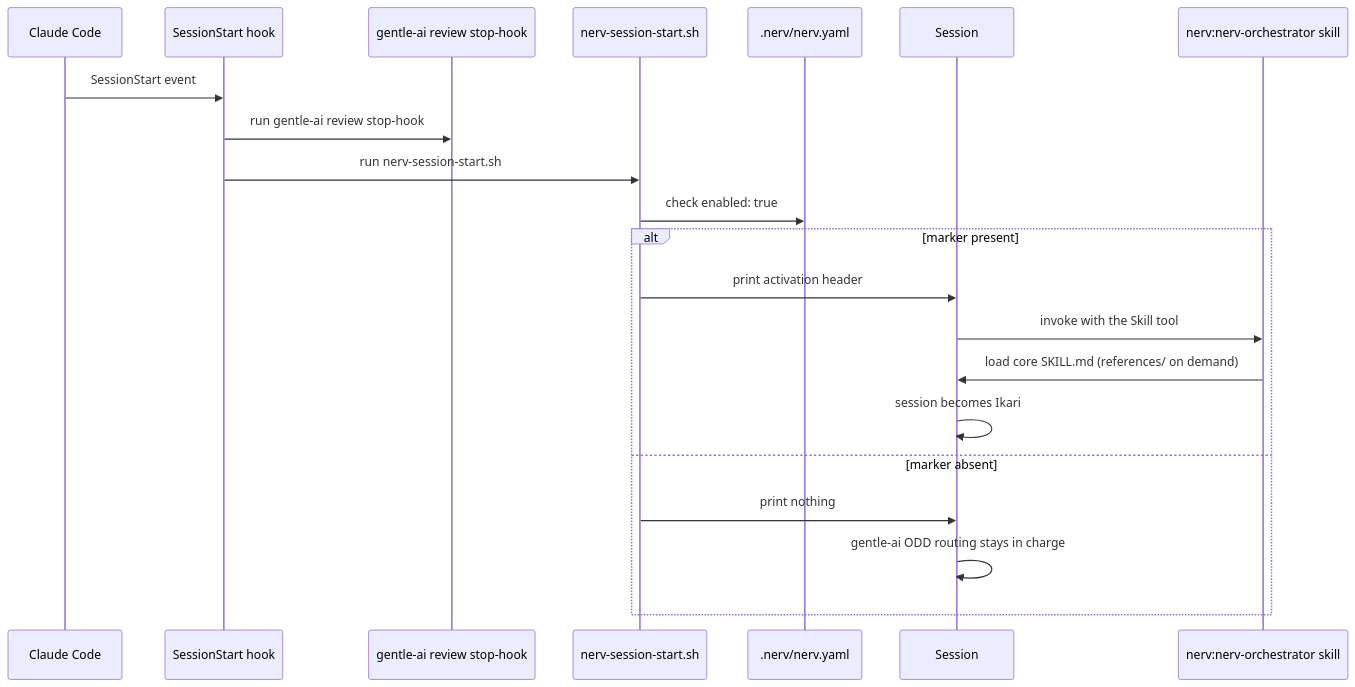
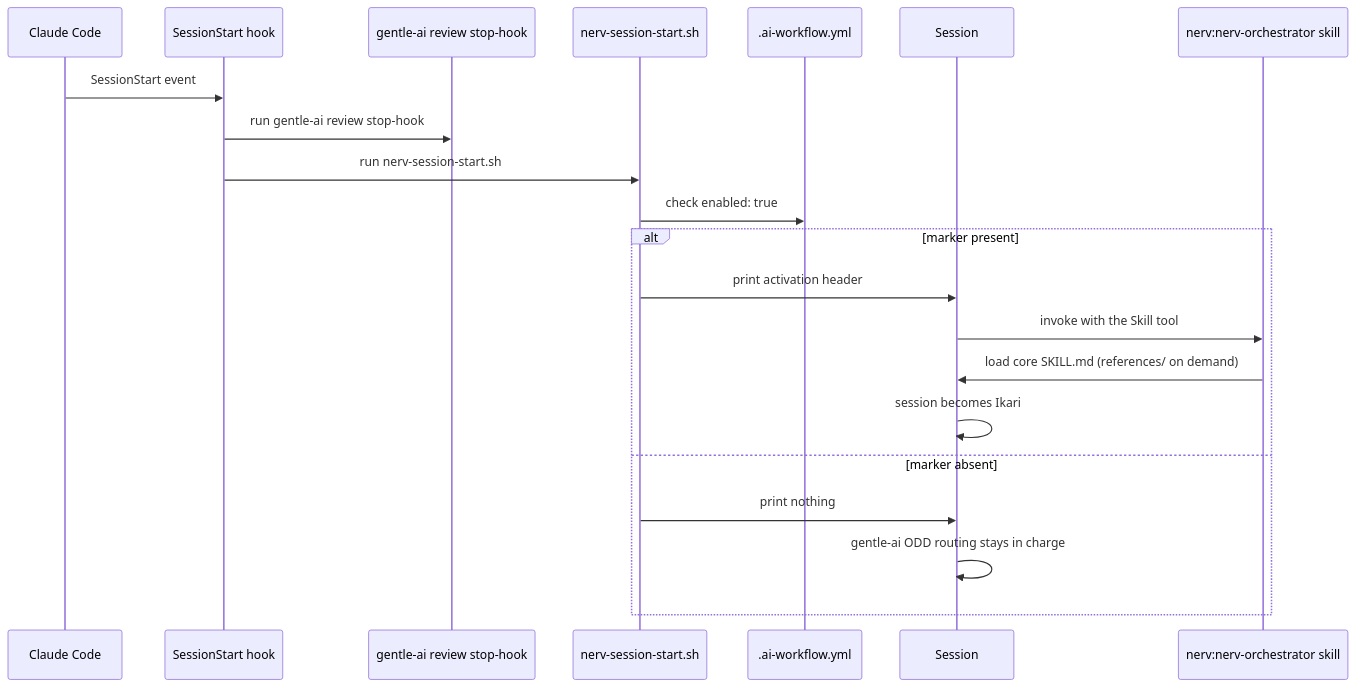
One commit to war-apps/nerv-by-gentle-ai changed the second of 7 diagrams in docs/integration.md. Above: the diagram before and after it, drawn with Mermaid. The commit also changed other lines of this file and 128 other files, not shown here.

First line of the commit message:
feat(config)!: read configuration from .ai-workflow.yml and the ai-workflow user config

````diff
--- a/docs/integration.md
+++ b/docs/integration.md
@@ -49,24 +49,24 @@
 ```mermaid
 sequenceDiagram
     participant CC as Claude Code
     participant Hook as SessionStart hook
     participant GA as gentle-ai review stop-hook
     participant NS as nerv-session-start.sh
-    participant Cfg as .nerv/nerv.yaml
+    participant Cfg as .ai-workflow.yml
     participant Sess as Session
     participant Skill as nerv:nerv-orchestrator skill
 
     CC->>Hook: SessionStart event
     Hook->>GA: run gentle-ai review stop-hook
     Hook->>NS: run nerv-session-start.sh
     NS->>Cfg: check enabled: true
     alt marker present
         NS->>Sess: print activation header
         Sess->>Skill: invoke with the Skill tool
         Skill->>Sess: load core SKILL.md (references/ on demand)
         Sess->>Sess: session becomes Ikari
     else marker absent
         NS->>Sess: print nothing
         Sess->>Sess: gentle-ai ODD routing stays in charge
     end
 ```
````
